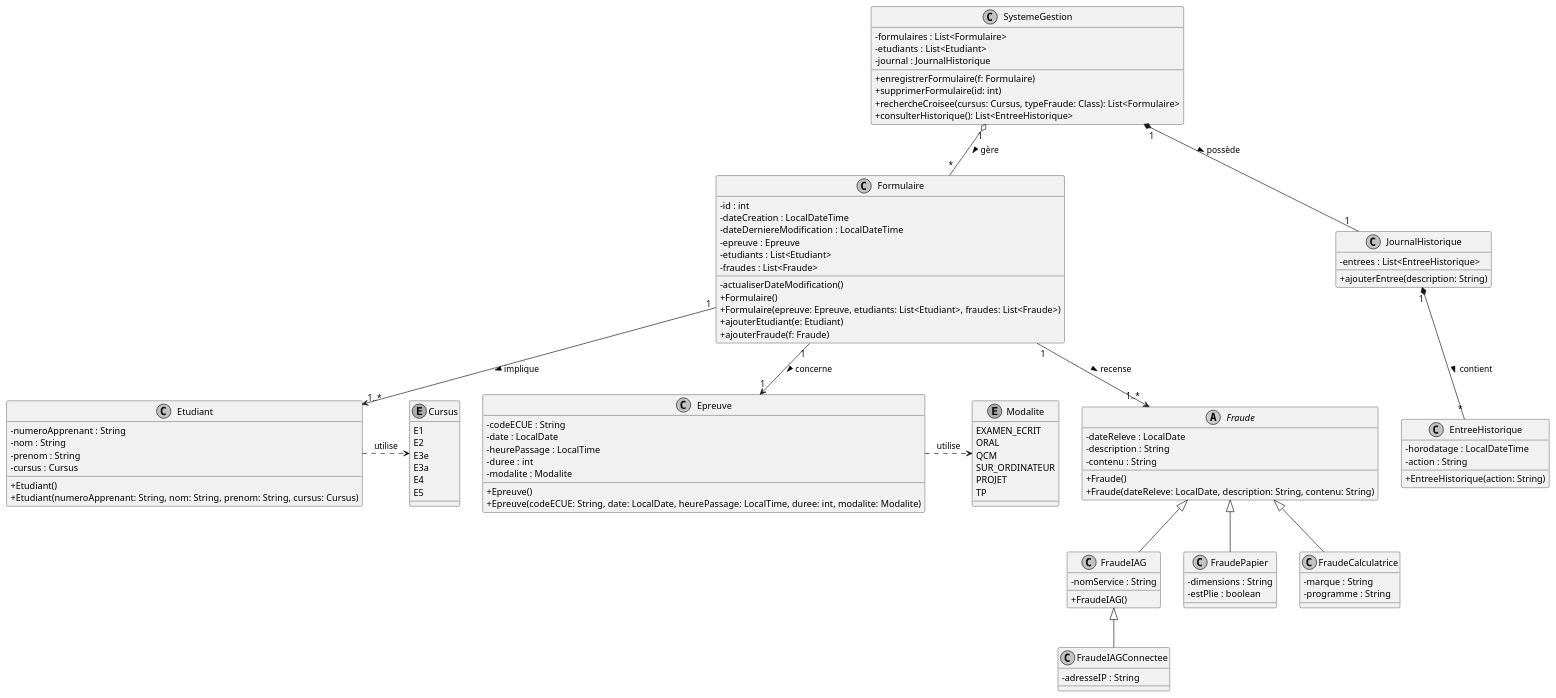
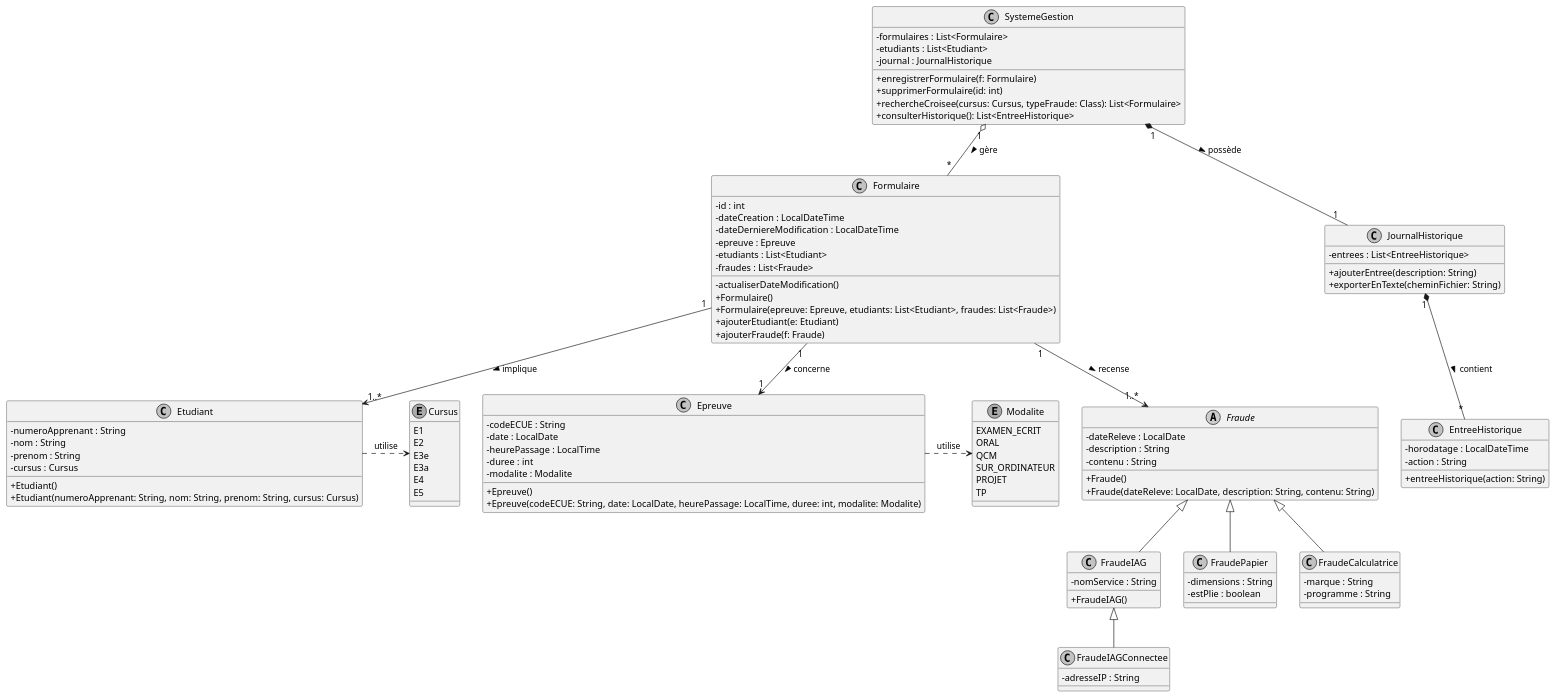
One commit to guillaumepgt/ProjetFraude changed the diagram in diagramme/diagramme_classe.puml. Above: the diagram before and after it, drawn with PlantUML. The commit also changed 48 other files, not shown here.

```diff
--- a/diagramme/diagramme_classe.puml
+++ b/diagramme/diagramme_classe.puml
@@ -1,125 +1,126 @@
 @startuml
 skinparam classAttributeIconSize 0
 skinparam monochrome true
 skinparam shadowing false
 
 ' --- Énumérations ---
 enum Cursus {
   E1
   E2
   E3e
   E3a
   E4
   E5
 }
 
 enum Modalite {
   EXAMEN_ECRIT
   ORAL
   QCM
   SUR_ORDINATEUR
   PROJET
   TP
 }
 
 ' --- Classes du domaine ---
 class Etudiant {
   - numeroApprenant : String
   - nom : String
   - prenom : String
   - cursus : Cursus
   + Etudiant()
   + Etudiant(numeroApprenant: String, nom: String, prenom: String, cursus: Cursus)
 }
 
 class Epreuve {
   - codeECUE : String
   - date : LocalDate
   - heurePassage : LocalTime
   - duree : int
   - modalite : Modalite
   + Epreuve()
   + Epreuve(codeECUE: String, date: LocalDate, heurePassage: LocalTime, duree: int, modalite: Modalite)
 }
 
 class Formulaire {
   - id : int
   - dateCreation : LocalDateTime
   - dateDerniereModification : LocalDateTime
   - epreuve : Epreuve
   - etudiants : List<Etudiant>
   - fraudes : List<Fraude>
   - actualiserDateModification()
   + Formulaire()
   + Formulaire(epreuve: Epreuve, etudiants: List<Etudiant>, fraudes: List<Fraude>)
   + ajouterEtudiant(e: Etudiant)
   + ajouterFraude(f: Fraude)
 }
 
 ' --- Système de Gestion et Traçabilité ---
 class SystemeGestion {
   - formulaires : List<Formulaire>
   - etudiants : List<Etudiant>
   - journal : JournalHistorique
   + enregistrerFormulaire(f: Formulaire)
   + supprimerFormulaire(id: int)
   + rechercheCroisee(cursus: Cursus, typeFraude: Class): List<Formulaire>
   + consulterHistorique(): List<EntreeHistorique>
 }
 
 class JournalHistorique {
   - entrees : List<EntreeHistorique>
   + ajouterEntree(description: String)
+  + exporterEnTexte(cheminFichier: String)
 }
 
 class EntreeHistorique {
   - horodatage : LocalDateTime
   - action : String
-  + EntreeHistorique(action: String)
+  + entreeHistorique(action: String)
 }
 
 ' --- Hiérarchie des Fraudes ---
 abstract class Fraude {
   - dateReleve : LocalDate
   - description : String
   - contenu : String
   + Fraude()
   + Fraude(dateReleve: LocalDate, description: String, contenu: String)
 }
 
 class FraudeIAG {
   - nomService : String
   + FraudeIAG()
 }
 
 class FraudePapier {
   - dimensions : String
   - estPlie : boolean
 }
 
 class FraudeCalculatrice {
   - marque : String
   - programme : String
 }
 
 class FraudeIAGConnectee {
   - adresseIP : String
 }
 
 ' --- Relations ---
 Fraude <|-- FraudeIAG
 Fraude <|-- FraudePapier
 Fraude <|-- FraudeCalculatrice
 FraudeIAG <|-- FraudeIAGConnectee
 
 SystemeGestion "1" *-- "1" JournalHistorique : possède >
 JournalHistorique "1" *-- "*" EntreeHistorique : contient >
 SystemeGestion "1" o-- "*" Formulaire : gère >
 
 Formulaire "1" --> "1" Epreuve : concerne >
 Formulaire "1" --> "1..*" Etudiant : implique >
 Formulaire "1" --> "1..*" Fraude : recense >
 
 Etudiant .> Cursus : utilise
 Epreuve .> Modalite : utilise
 @enduml
```
